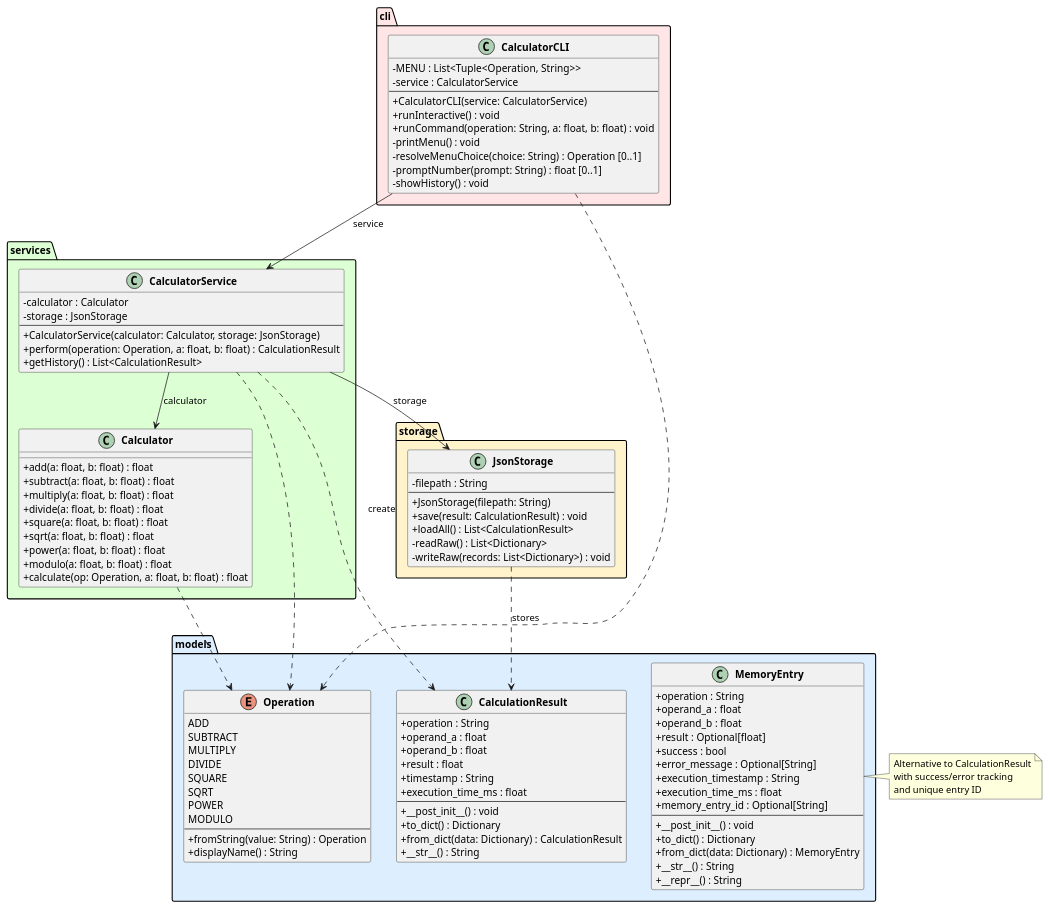
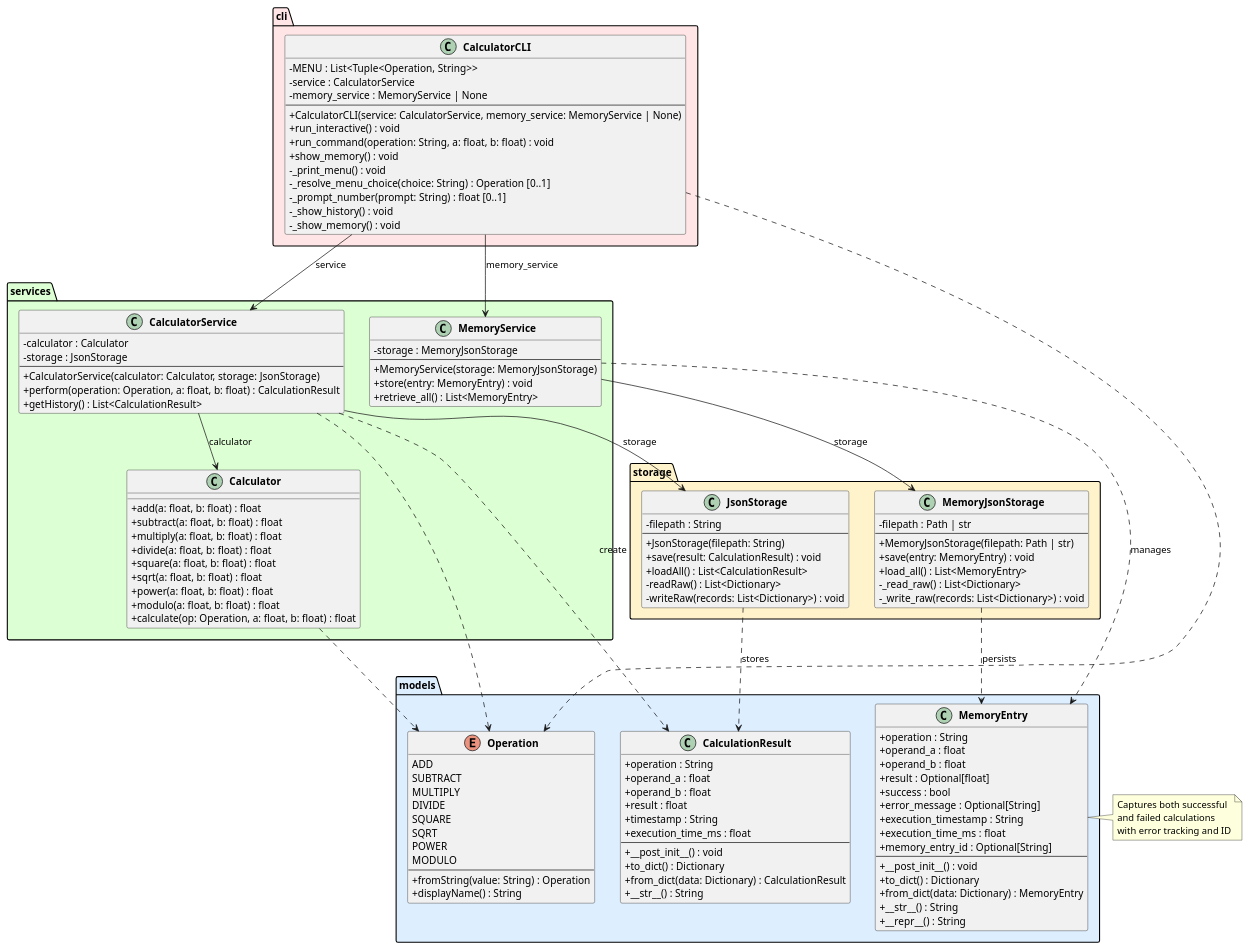
The diagram in experiments/pipeline/structured_text/calculator/artifacts/class_diagram.puml (DanielRiha8906/Software_autoevolution_using_agents), drawn with PlantUML before and after one commit. The commit also changed 11 other files, not shown here.

```diff
--- a/experiments/pipeline/structured_text/calculator/artifacts/class_diagram.puml
+++ b/experiments/pipeline/structured_text/calculator/artifacts/class_diagram.puml
@@ -1,120 +1,145 @@
 @startuml class_diagram
 
 skinparam classAttributeIconSize 0
 skinparam classFontStyle bold
 
 package "models" #DDEEFF {
     enum Operation {
         ADD
         SUBTRACT
         MULTIPLY
         DIVIDE
         SQUARE
         SQRT
         POWER
         MODULO
         --
         +fromString(value: String) : Operation
         +displayName() : String
     }
 
     class CalculationResult {
         +operation : String
         +operand_a : float
         +operand_b : float
         +result : float
         +timestamp : String
         +execution_time_ms : float
         --
         +__post_init__() : void
         +to_dict() : Dictionary
         +from_dict(data: Dictionary) : CalculationResult
         +__str__() : String
     }
 
     class MemoryEntry {
         +operation : String
         +operand_a : float
         +operand_b : float
         +result : Optional[float]
         +success : bool
         +error_message : Optional[String]
         +execution_timestamp : String
         +execution_time_ms : float
         +memory_entry_id : Optional[String]
         --
         +__post_init__() : void
         +to_dict() : Dictionary
         +from_dict(data: Dictionary) : MemoryEntry
         +__str__() : String
         +__repr__() : String
     }
 }
 
 package "services" #DDFFD4 {
     class Calculator {
         +add(a: float, b: float) : float
         +subtract(a: float, b: float) : float
         +multiply(a: float, b: float) : float
         +divide(a: float, b: float) : float
         +square(a: float, b: float) : float
         +sqrt(a: float, b: float) : float
         +power(a: float, b: float) : float
         +modulo(a: float, b: float) : float
         +calculate(op: Operation, a: float, b: float) : float
     }
 
     class CalculatorService {
         -calculator : Calculator
         -storage : JsonStorage
         --
         +CalculatorService(calculator: Calculator, storage: JsonStorage)
         +perform(operation: Operation, a: float, b: float) : CalculationResult
         +getHistory() : List<CalculationResult>
     }
+
+    class MemoryService {
+        -storage : MemoryJsonStorage
+        --
+        +MemoryService(storage: MemoryJsonStorage)
+        +store(entry: MemoryEntry) : void
+        +retrieve_all() : List<MemoryEntry>
+    }
 }
 
 package "storage" #FFF3CC {
     class JsonStorage {
         -filepath : String
         --
         +JsonStorage(filepath: String)
         +save(result: CalculationResult) : void
         +loadAll() : List<CalculationResult>
         -readRaw() : List<Dictionary>
         -writeRaw(records: List<Dictionary>) : void
     }
+
+    class MemoryJsonStorage {
+        -filepath : Path | str
+        --
+        +MemoryJsonStorage(filepath: Path | str)
+        +save(entry: MemoryEntry) : void
+        +load_all() : List<MemoryEntry>
+        -_read_raw() : List<Dictionary>
+        -_write_raw(records: List<Dictionary>) : void
+    }
 }
 
 package "cli" #FFE5E5 {
     class CalculatorCLI {
         -MENU : List<Tuple<Operation, String>>
         -service : CalculatorService
+        -memory_service : MemoryService | None
         --
-        +CalculatorCLI(service: CalculatorService)
-        +runInteractive() : void
-        +runCommand(operation: String, a: float, b: float) : void
-        -printMenu() : void
-        -resolveMenuChoice(choice: String) : Operation [0..1]
-        -promptNumber(prompt: String) : float [0..1]
-        -showHistory() : void
+        +CalculatorCLI(service: CalculatorService, memory_service: MemoryService | None)
+        +run_interactive() : void
+        +run_command(operation: String, a: float, b: float) : void
+        +show_memory() : void
+        -_print_menu() : void
+        -_resolve_menu_choice(choice: String) : Operation [0..1]
+        -_prompt_number(prompt: String) : float [0..1]
+        -_show_history() : void
+        -_show_memory() : void
     }
 }
 
 CalculatorCLI --> CalculatorService : service
+CalculatorCLI --> MemoryService : memory_service
 CalculatorService --> Calculator : calculator
 CalculatorService --> JsonStorage : storage
+MemoryService --> MemoryJsonStorage : storage
 
 CalculatorService ..> CalculationResult : create
 CalculatorService ..> Operation
 CalculatorCLI ..> Operation
 Calculator ..> Operation
 JsonStorage ..> CalculationResult : stores
+MemoryService ..> MemoryEntry : manages
+MemoryJsonStorage ..> MemoryEntry : persists
 
 note right of MemoryEntry
-  Alternative to CalculationResult
-  with success/error tracking
-  and unique entry ID
+  Captures both successful
+  and failed calculations
+  with error tracking and ID
 end note
 
 @enduml
```
